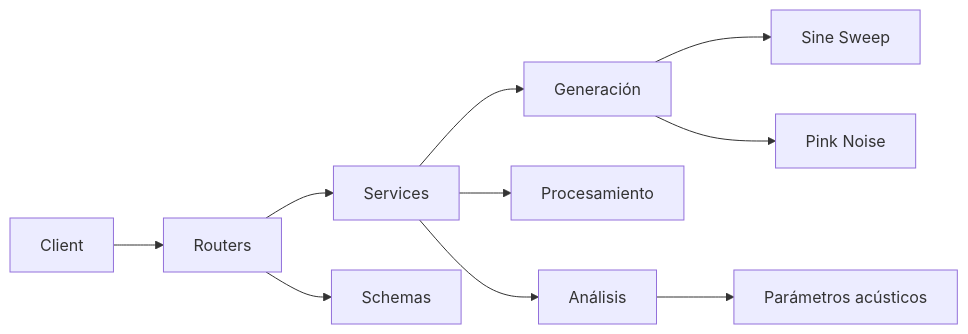
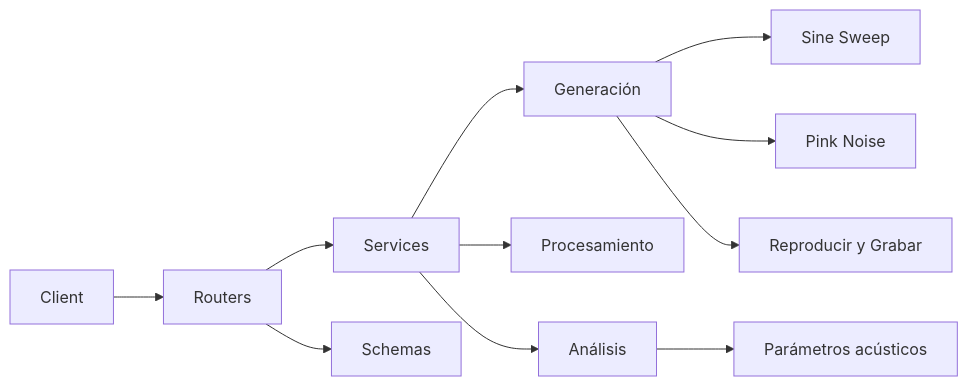
Before and after one commit to valentinadepiero/trabajo-practico-ss: the diagram in README.md, drawn with Mermaid.

Commit message:
Update README.md with project details and structure

````diff
--- a/README.md
+++ b/README.md
@@ -60,12 +60,13 @@
 ```mermaid
 graph LR
 Client --> R[Routers]
 R --> S[Services]
 S --> Gen[Generación]
 Gen --> SS[Sine Sweep]
 Gen --> PN[Pink Noise]
+Gen --> Rec[Reproducir y Grabar]
 S --> Proc[Procesamiento]
 S --> An[Análisis]
 An --> Par[Parámetros acústicos]
 R --> Sch[Schemas]
 ```
````
